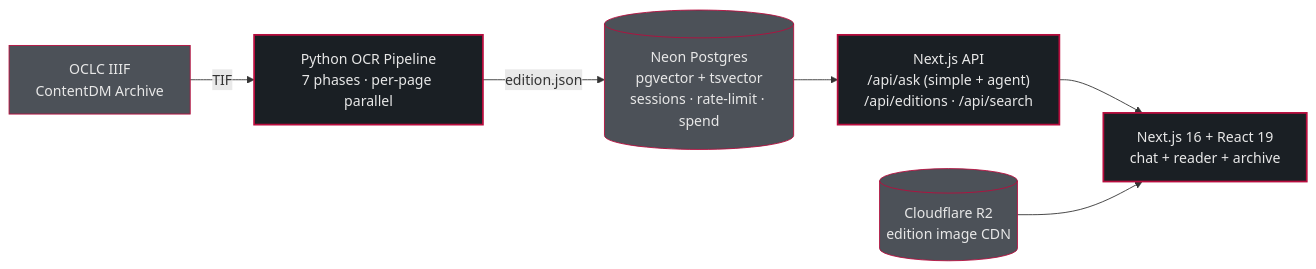
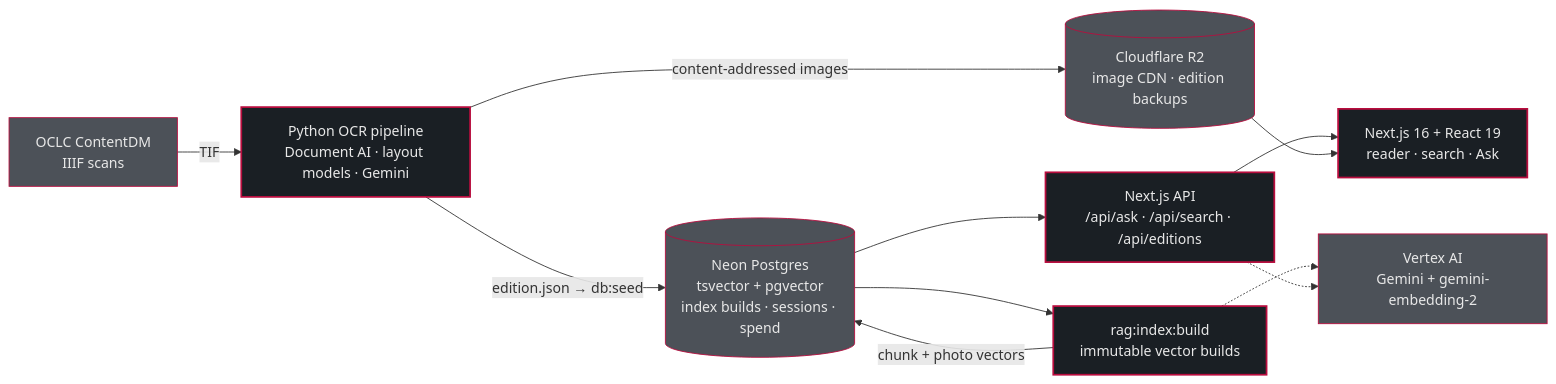
The diagram in README.md (Bamyani1/interactive-newspaper), drawn with Mermaid before and after one commit. The commit also changed other lines of this file and 29 other files, not shown here.

First line of the commit message:
docs: refresh README, architecture, OCR and design docs

````diff
--- a/README.md
+++ b/README.md
@@ -107,18 +125,25 @@
 ```mermaid
 flowchart LR
   classDef brand fill:#1A1F24,stroke:#B80D3E,color:#E8E8E8,stroke-width:2px
   classDef data fill:#4C5158,stroke:#B80D3E,color:#E8E8E8,stroke-width:1px
 
-  IIIF["OCLC IIIF<br/>ContentDM Archive"]:::data
-  OCR["Python OCR Pipeline<br/>7 phases · per-page parallel"]:::brand
-  DB[("Neon Postgres<br/>pgvector + tsvector<br/>sessions · rate-limit · spend"  )]:::data
-  API["Next.js API<br/>/api/ask (simple + agent)<br/>/api/editions · /api/search"]:::brand
-  R2[("Cloudflare R2<br/>edition image CDN")]:::data
-  UI["Next.js 16 + React 19<br/>chat + reader + archive"]:::brand
+  IIIF["OCLC ContentDM<br/>IIIF scans"]:::data
+  OCR["Python OCR pipeline<br/>Document AI · layout models · Gemini"]:::brand
+  R2[("Cloudflare R2<br/>image CDN · edition backups")]:::data
+  DB[("Neon Postgres<br/>tsvector + pgvector<br/>index builds · sessions · spend")]:::data
+  IDX["rag:index:build<br/>immutable vector builds"]:::brand
+  AI["Vertex AI<br/>Gemini + gemini-embedding-2"]:::data
+  API["Next.js API<br/>/api/ask · /api/search · /api/editions"]:::brand
+  UI["Next.js 16 + React 19<br/>reader · search · Ask"]:::brand
 
   IIIF -- "TIF" --> OCR
-  OCR -- "edition.json" --> DB
+  OCR -- "content-addressed images" --> R2
+  OCR -- "edition.json → db:seed" --> DB
+  DB --> IDX
+  IDX -- "chunk + photo vectors" --> DB
+  IDX -.-> AI
   DB --> API
+  API -.-> AI
   API --> UI
   R2 --> UI
 ```
````
